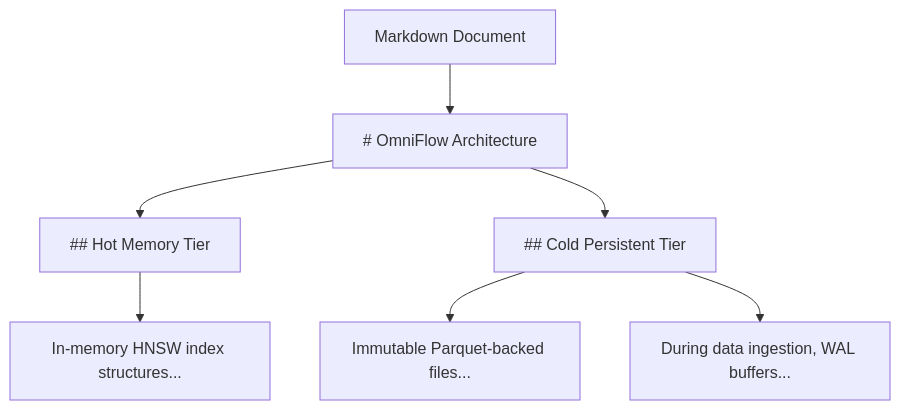
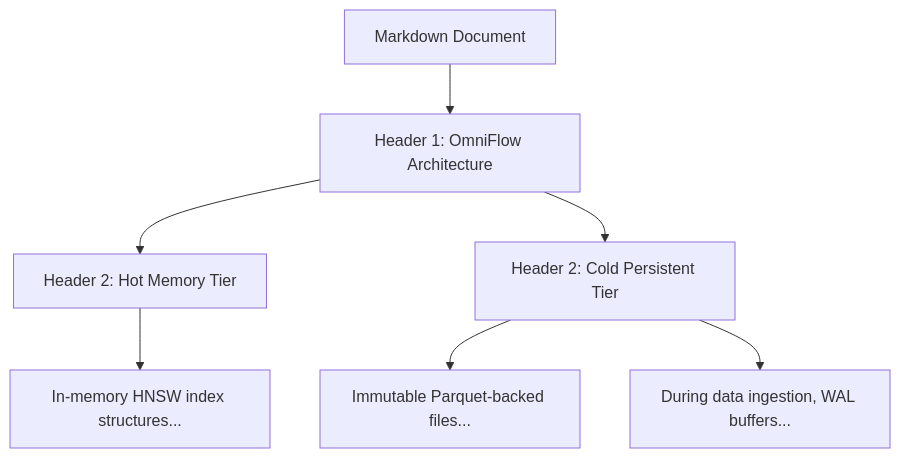
One commit to divyansh070/ml_notes changed the second of 6 diagrams in rag-guide/01-ingestion.md. Above: the diagram before and after it, drawn with Mermaid. The commit also changed other lines of this file and 8 other files, not shown here.

Commit message:
fix(rag-guide): resolve Mermaid syntax, xychart, and MathJax rendering issues for GitHub

````diff
--- a/rag-guide/01-ingestion.md
+++ b/rag-guide/01-ingestion.md
@@ -146,9 +146,9 @@
 ```mermaid
 graph TD
-    DOC["Markdown Document"] --> H1["# OmniFlow Architecture"]
-    H1 --> H2_1["## Hot Memory Tier"]
-    H1 --> H2_2["## Cold Persistent Tier"]
+    DOC["Markdown Document"] --> H1["Header 1: OmniFlow Architecture"]
+    H1 --> H2_1["Header 2: Hot Memory Tier"]
+    H1 --> H2_2["Header 2: Cold Persistent Tier"]
     H2_1 --> P1["In-memory HNSW index structures..."]
     H2_2 --> P2["Immutable Parquet-backed files..."]
     H2_2 --> P3["During data ingestion, WAL buffers..."]
 ```
````
